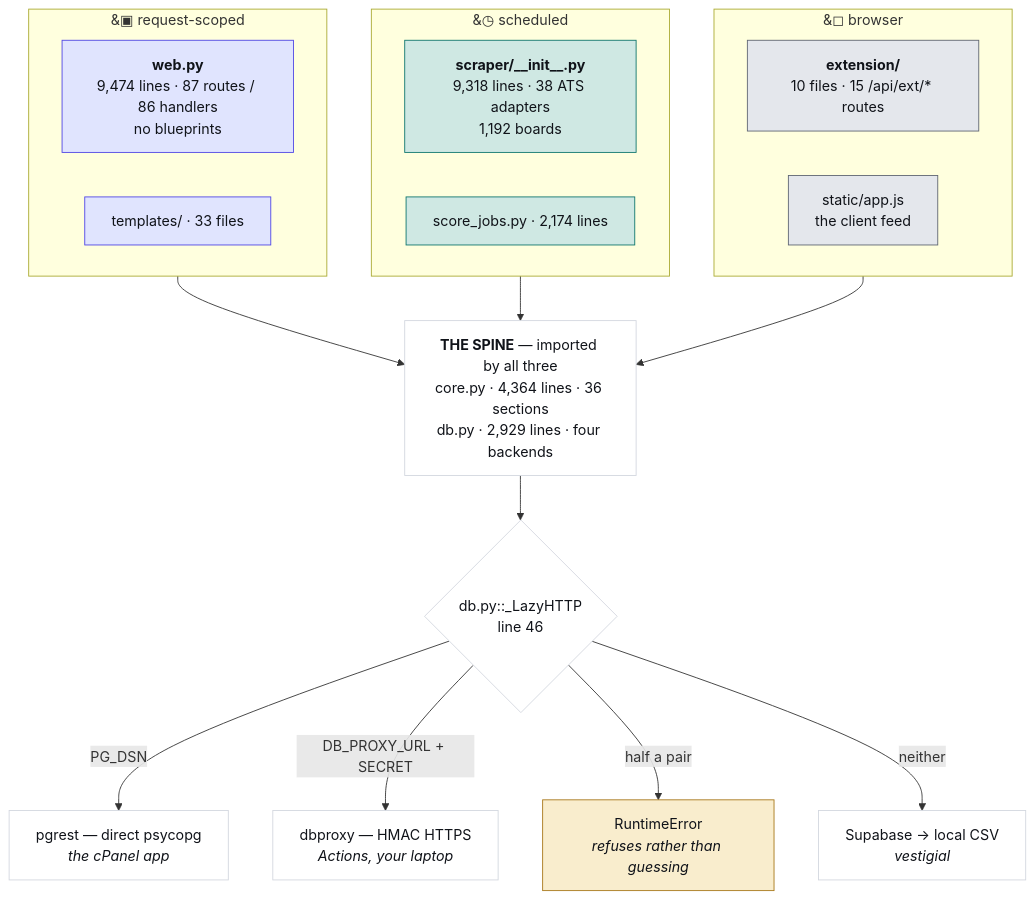
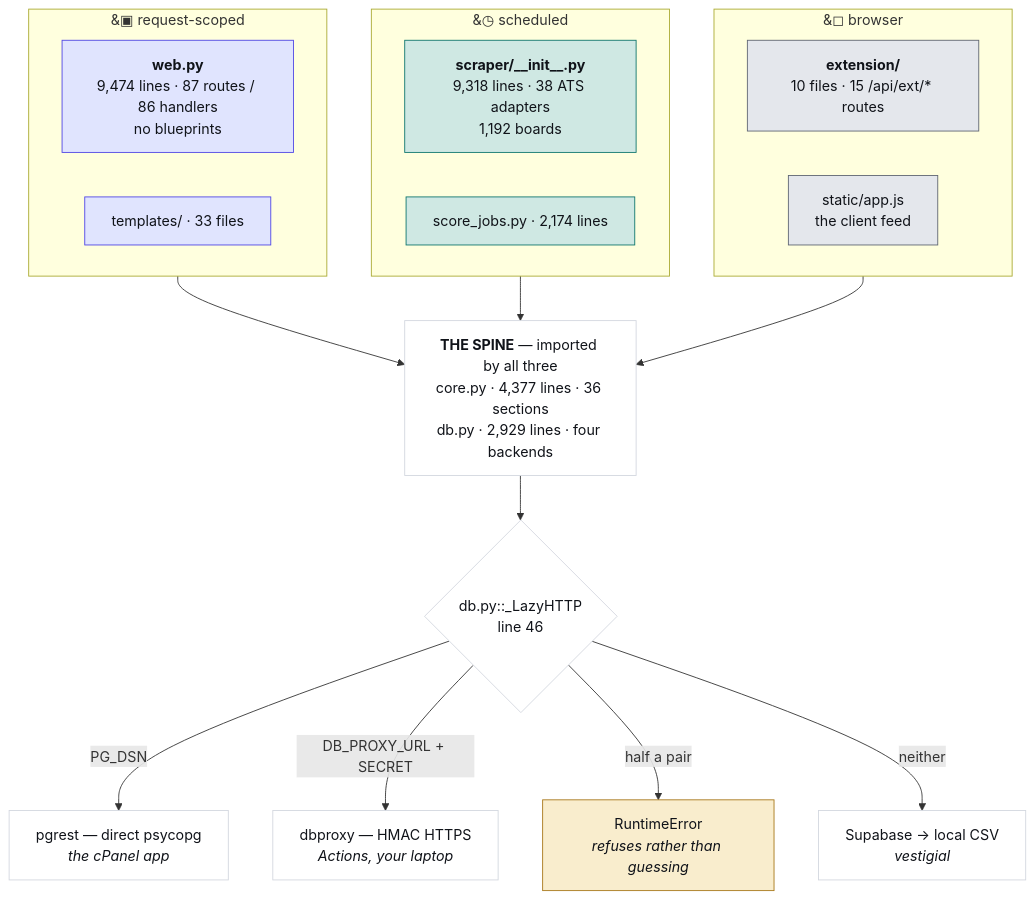
One commit to hadakunal909-debug/job-search-tool changed the first of 4 diagrams in JobMatch Scraper/docs/ARCHITECTURE.md. Above: the diagram before and after it, drawn with Mermaid. The commit also changed other lines of this file and 5 other files, not shown here.

First line of the commit message:
docs: regenerate the index, map and architecture for the card's four experience states

````diff
--- a/JobMatch Scraper/docs/ARCHITECTURE.md
+++ b/JobMatch Scraper/docs/ARCHITECTURE.md
@@ -45,34 +45,34 @@
 ```mermaid
 flowchart TB
   subgraph REQ["&#9635; request-scoped"]
     W["<b>web.py</b><br/>9,474 lines · 87 routes / 86 handlers<br/>no blueprints"]
     T["templates/ · 33 files"]
   end
   subgraph SCH["&#9719; scheduled"]
     S["<b>scraper/__init__.py</b><br/>9,318 lines · 38 ATS adapters<br/>1,192 boards"]
     J["score_jobs.py · 2,174 lines"]
   end
   subgraph CLI["&#9723; browser"]
     E["<b>extension/</b><br/>10 files · 15 /api/ext/* routes"]
     A["static/app.js<br/>the client feed"]
   end
-  SPINE["<b>THE SPINE</b> — imported by all three<br/>core.py · 4,364 lines · 36 sections<br/>db.py · 2,929 lines · four backends"]
+  SPINE["<b>THE SPINE</b> — imported by all three<br/>core.py · 4,377 lines · 36 sections<br/>db.py · 2,929 lines · four backends"]
   REQ --> SPINE
   SCH --> SPINE
   CLI --> SPINE
   SPINE --> D{"db.py::_LazyHTTP<br/>line 46"}
   D -->|"PG_DSN"| P["pgrest — direct psycopg<br/><i>the cPanel app</i>"]
   D -->|"DB_PROXY_URL + SECRET"| X["dbproxy — HMAC HTTPS<br/><i>Actions, your laptop</i>"]
   D -->|"half a pair"| R["RuntimeError<br/><i>refuses rather than guessing</i>"]
   D -->|"neither"| V["Supabase → local CSV<br/><i>vestigial</i>"]
   classDef web fill:#e0e4fe,stroke:#4f46e5,color:#101319
   classDef sched fill:#cfe8e3,stroke:#0f766e,color:#101319
   classDef client fill:#e4e7ec,stroke:#5f6573,color:#101319
   classDef trap fill:#f9edcd,stroke:#a8781a,color:#101319
   classDef plain fill:#ffffff,stroke:#d3d7df,color:#101319
   class W,T web
   class S,J sched
   class E,A client
   class R trap
   class SPINE,D,P,X,V plain
 ```
````
